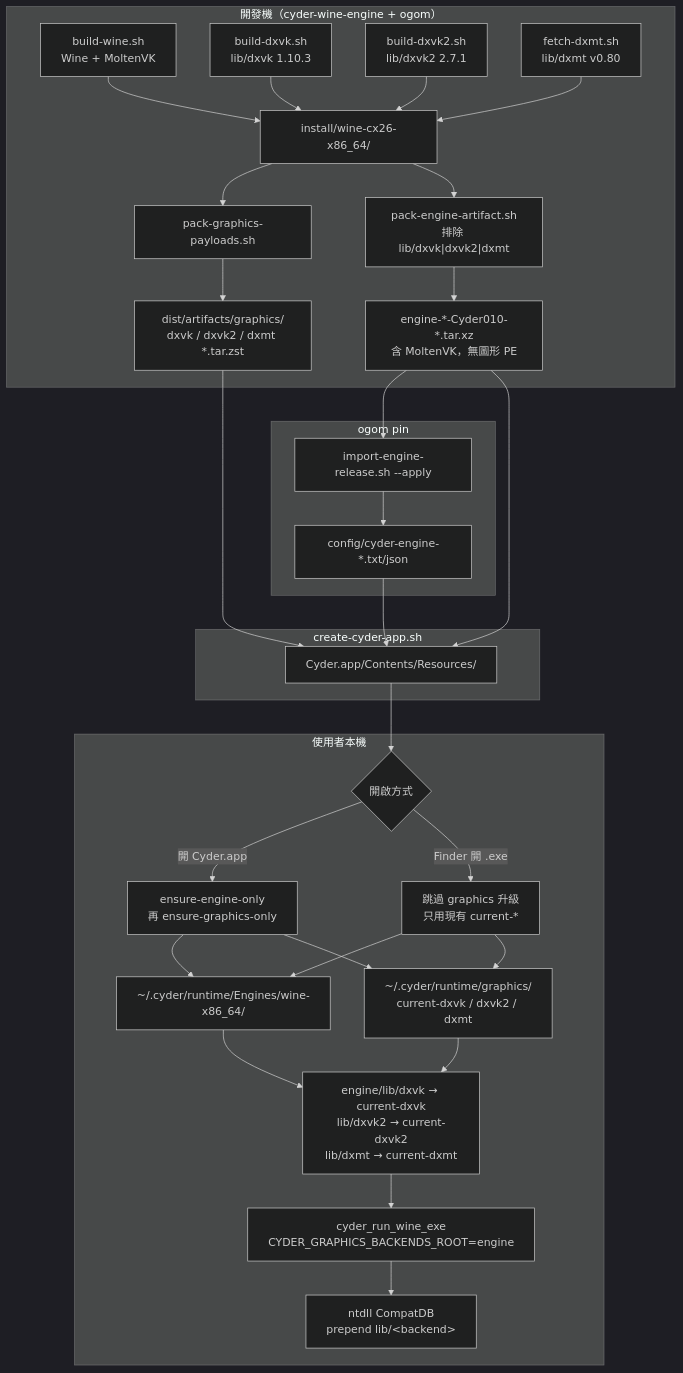
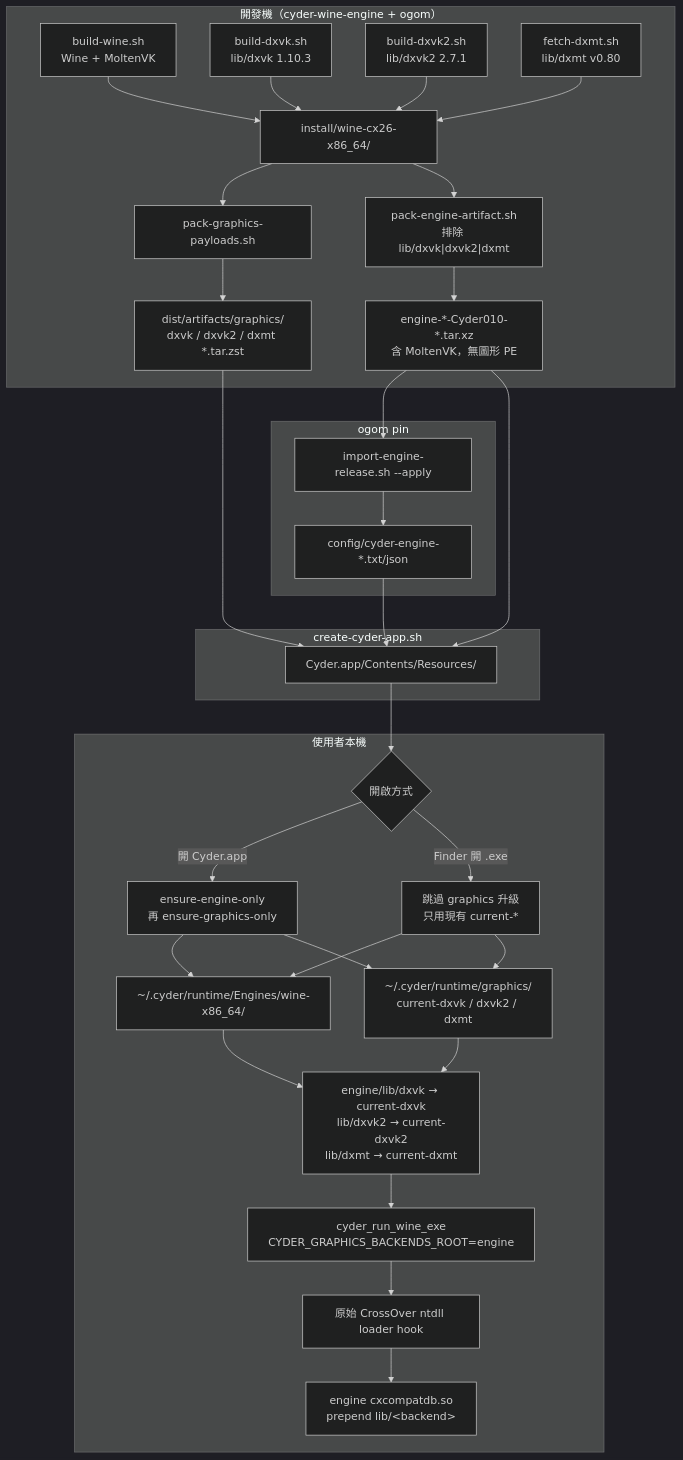
Before and after one commit to dspp779/CyderBits: the first of 5 diagrams in docs/cyder-graphics-runtime-pipeline.zh-TW.md, drawn with Mermaid (dark theme). The commit also changed other lines of this file and 1 other file, not shown here.

Commit message:
docs(graphics): document standalone cxcompatdb runtime

````diff
--- a/docs/cyder-graphics-runtime-pipeline.zh-TW.md
+++ b/docs/cyder-graphics-runtime-pipeline.zh-TW.md
@@ -23,43 +23,44 @@
 ```mermaid
 flowchart TB
   subgraph build["開發機（cyder-wine-engine + ogom）"]
     WINE["build-wine.sh<br/>Wine + MoltenVK"]
     DX1["build-dxvk.sh<br/>lib/dxvk 1.10.3"]
     DX2["build-dxvk2.sh<br/>lib/dxvk2 2.7.1"]
     DXMT["fetch-dxmt.sh<br/>lib/dxmt v0.80"]
     WINE --> INSTALL["install/wine-cx26-x86_64/"]
     DX1 --> INSTALL
     DX2 --> INSTALL
     DXMT --> INSTALL
     INSTALL --> PACKG["pack-graphics-payloads.sh"]
     PACKG --> GART["dist/artifacts/graphics/<br/>dxvk / dxvk2 / dxmt *.tar.zst"]
     INSTALL --> PACKE["pack-engine-artifact.sh<br/>排除 lib/dxvk|dxvk2|dxmt"]
     PACKE --> EART["engine-*-Cyder010-*.tar.xz<br/>含 MoltenVK，無圖形 PE"]
   end
 
   subgraph pin["ogom pin"]
     IMP["import-engine-release.sh --apply"]
     EART --> IMP
     IMP --> CFG["config/cyder-engine-*.txt/json"]
   end
 
   subgraph app["create-cyder-app.sh"]
     CFG --> BUNDLE["Cyder.app/Contents/Resources/"]
     GART --> BUNDLE
     EART --> BUNDLE
   end
 
   subgraph user["使用者本機"]
     BUNDLE --> OPEN{"開啟方式"}
     OPEN -->|"開 Cyder.app"| ENS["ensure-engine-only<br/>再 ensure-graphics-only"]
     OPEN -->|"Finder 開 .exe"| SKIP["跳過 graphics 升級<br/>只用現有 current-*"]
     ENS --> ENG["~/.cyder/runtime/Engines/wine-x86_64/"]
     ENS --> GFX["~/.cyder/runtime/graphics/<br/>current-dxvk / dxvk2 / dxmt"]
     SKIP --> ENG
     SKIP --> GFX
     ENG --> LINK["engine/lib/dxvk → current-dxvk<br/>lib/dxvk2 → current-dxvk2<br/>lib/dxmt → current-dxmt"]
     GFX --> LINK
     LINK --> LAUNCH["cyder_run_wine_exe<br/>CYDER_GRAPHICS_BACKENDS_ROOT=engine"]
-    LAUNCH --> CDB["ntdll CompatDB<br/>prepend lib/&lt;backend&gt;"]
+    LAUNCH --> HOOK["原始 CrossOver ntdll loader hook"]
+    HOOK --> CDB["engine cxcompatdb.so<br/>prepend lib/&lt;backend&gt;"]
   end
 ```
````
